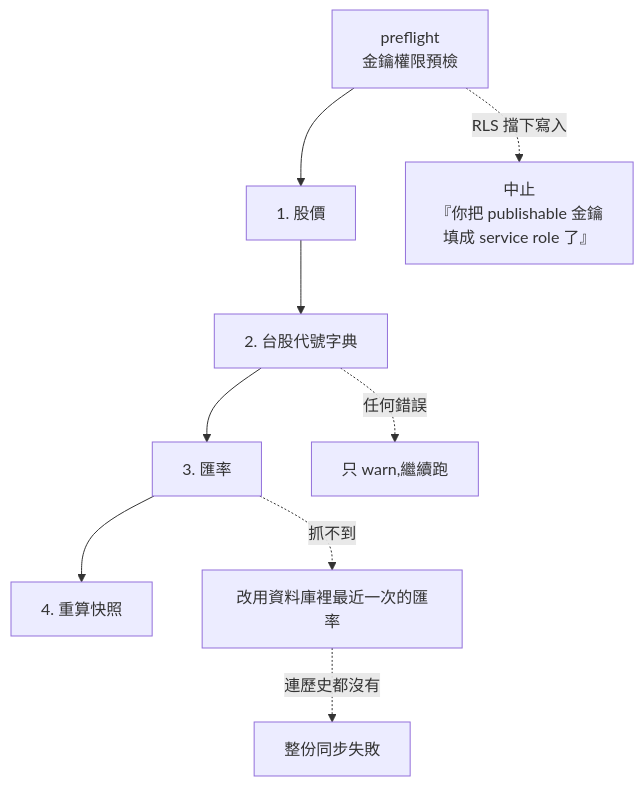
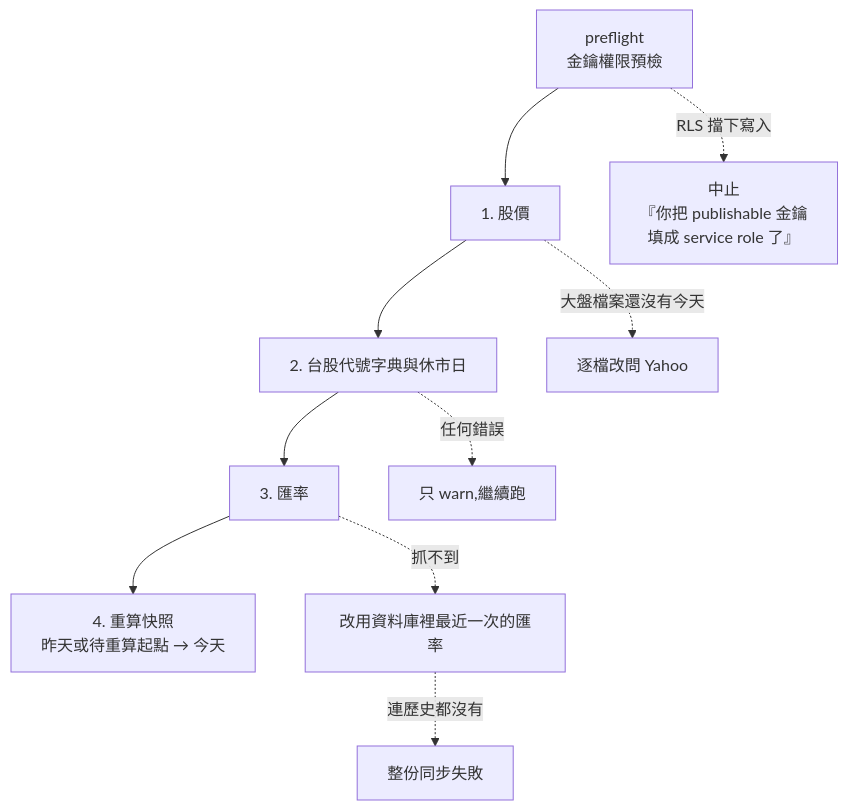
One commit to Kent6682/NetWorthy changed the sixth of 6 diagrams in docs/技術文件.md. Above: the diagram before and after it, drawn with Mermaid. The commit also changed other lines of this file and 4 other files, not shown here.

````diff
--- a/docs/技術文件.md
+++ b/docs/技術文件.md
@@ -217,12 +275,13 @@
 ```mermaid
 flowchart TD
   P["preflight<br/>金鑰權限預檢"] --> S1["1. 股價"]
-  S1 --> S2["2. 台股代號字典"]
+  S1 --> S2["2. 台股代號字典與休市日"]
   S2 --> S3["3. 匯率"]
-  S3 --> S4["4. 重算快照"]
+  S3 --> S4["4. 重算快照<br/>昨天或待重算起點 → 今天"]
 
   P -.->|"RLS 擋下寫入"| PE["中止<br/>『你把 publishable 金鑰<br/>填成 service role 了』"]
+  S1 -.->|"大盤檔案還沒有今天"| Y["逐檔改問 Yahoo"]
   S2 -.->|"任何錯誤"| SW["只 warn,繼續跑"]
   S3 -.->|"抓不到"| F1["改用資料庫裡最近一次的匯率"]
   F1 -.->|"連歷史都沒有"| FE["整份同步失敗"]
 ```
````
